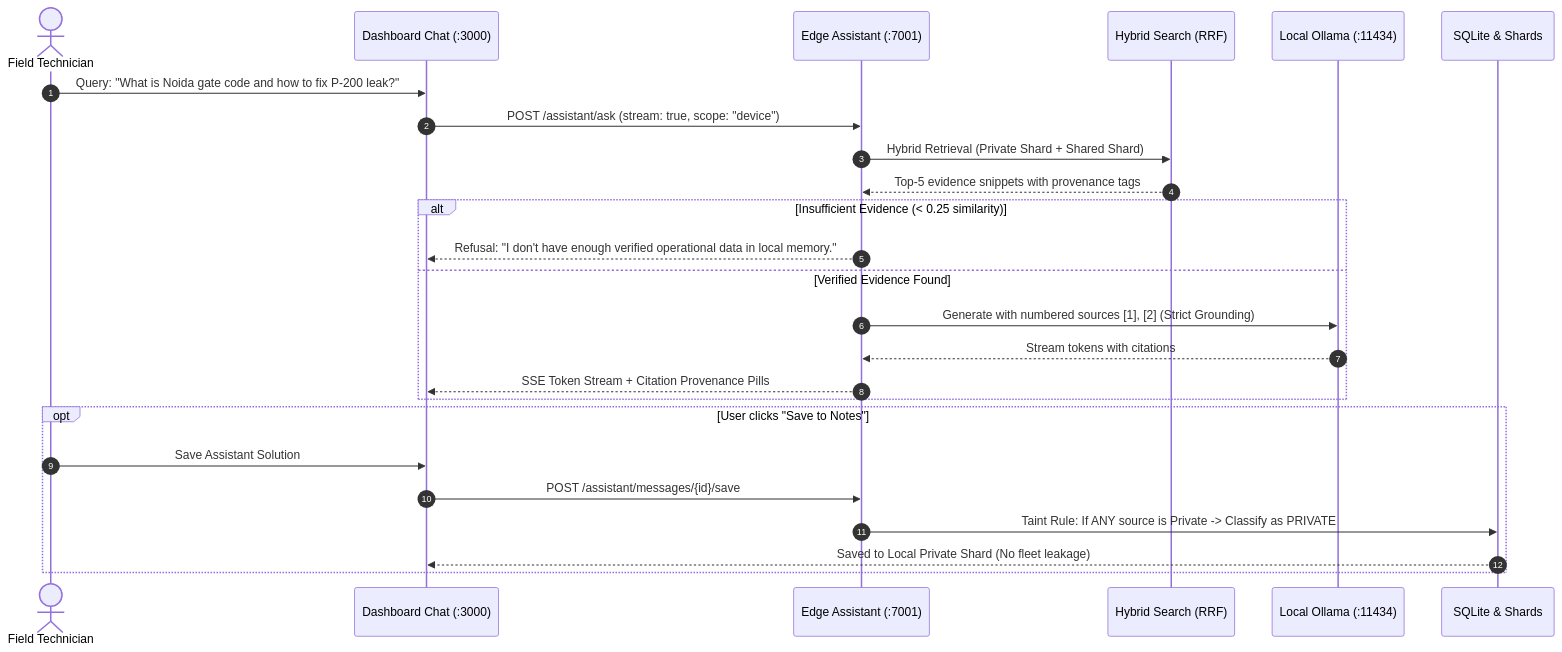
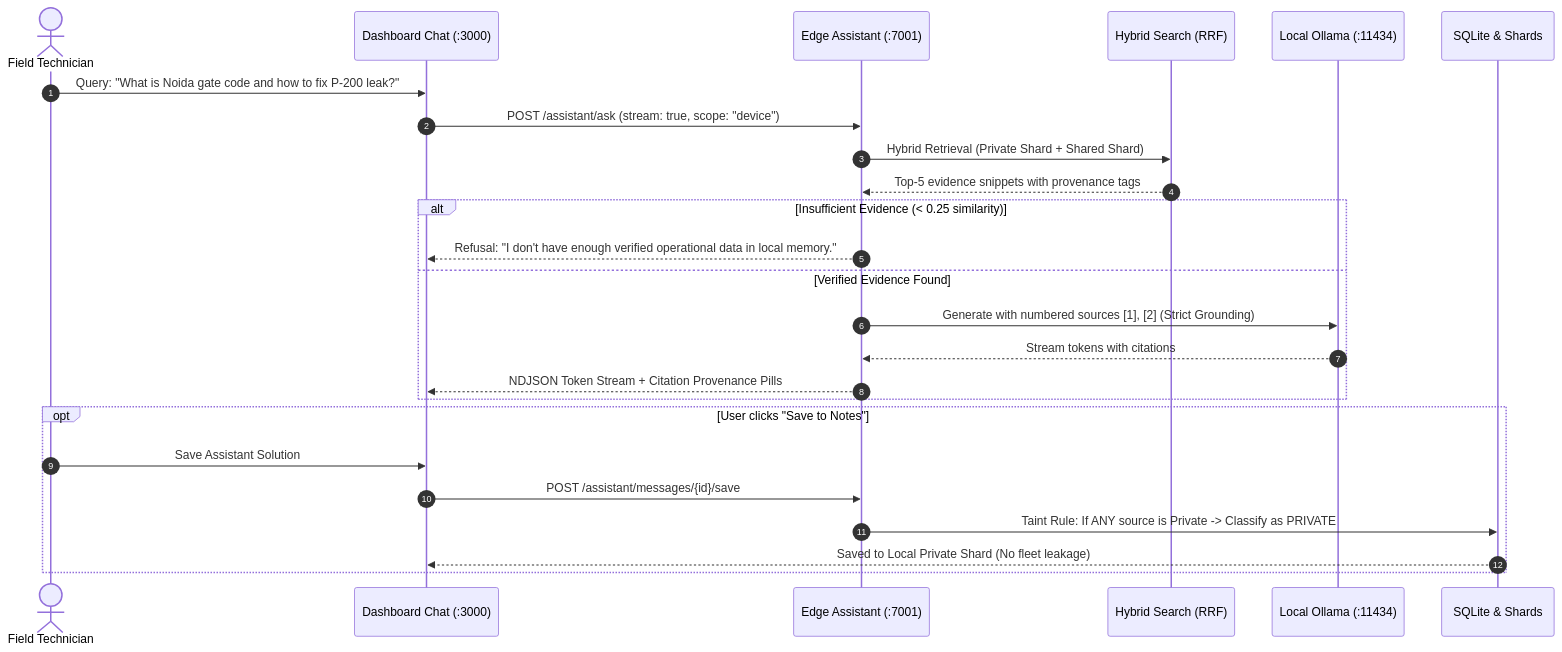
Before and after one commit to AasthaSudan/edge_vault: the third of 4 diagrams in README.md, drawn with Mermaid. The commit also changed other lines of this file, not shown here.

First line of the commit message:
docs: document the NDJSON assistant stream and how to verify the build

````diff
--- a/README.md
+++ b/README.md
@@ -132,31 +132,31 @@
 ```mermaid
 sequenceDiagram
     autonumber
     actor Tech as Field Technician
     participant UI as Dashboard Chat (:3000)
     participant Edge as Edge Assistant (:7001)
     participant Search as Hybrid Search (RRF)
     participant Ollama as Local Ollama (:11434)
     participant DB as SQLite & Shards
 
     Tech->>UI: Query: "What is Noida gate code and how to fix P-200 leak?"
     UI->>Edge: POST /assistant/ask (stream: true, scope: "device")
     
     Edge->>Search: Hybrid Retrieval (Private Shard + Shared Shard)
     Search-->>Edge: Top-5 evidence snippets with provenance tags
     
     alt Insufficient Evidence (< 0.25 similarity)
         Edge-->>UI: Refusal: "I don't have enough verified operational data in local memory."
     else Verified Evidence Found
         Edge->>Ollama: Generate with numbered sources [1], [2] (Strict Grounding)
         Ollama-->>Edge: Stream tokens with citations
-        Edge-->>UI: SSE Token Stream + Citation Provenance Pills
+        Edge-->>UI: NDJSON Token Stream + Citation Provenance Pills
     end
 
     opt User clicks "Save to Notes"
         Tech->>UI: Save Assistant Solution
         UI->>Edge: POST /assistant/messages/{id}/save
         Edge->>DB: Taint Rule: If ANY source is Private -> Classify as PRIVATE
         DB-->>UI: Saved to Local Private Shard (No fleet leakage)
     end
 ```
````
